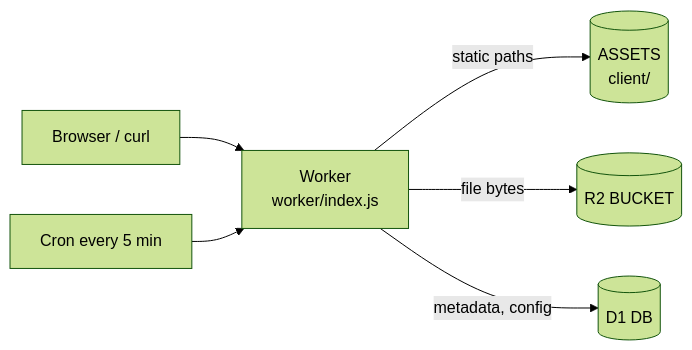
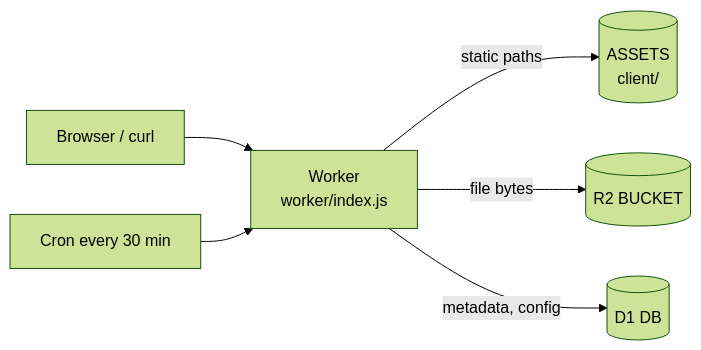
One commit to Cloud-Dark/tete changed the first of 2 diagrams in docs/05_ARCHITECTURE.md. Above: the diagram before and after it, drawn with Mermaid (forest theme). The commit also changed other lines of this file and 15 other files, not shown here.

````diff
--- a/docs/05_ARCHITECTURE.md
+++ b/docs/05_ARCHITECTURE.md
@@ -9,8 +9,8 @@
 ```mermaid
 flowchart LR
     U[Browser / curl] --> W[Worker<br/>worker/index.js]
     W -->|static paths| A[(ASSETS<br/>client/)]
     W -->|file bytes| R[(R2 BUCKET)]
     W -->|metadata, config| D[(D1 DB)]
-    C[Cron every 5 min] --> W
+    C[Cron every 30 min] --> W
 ```
````
